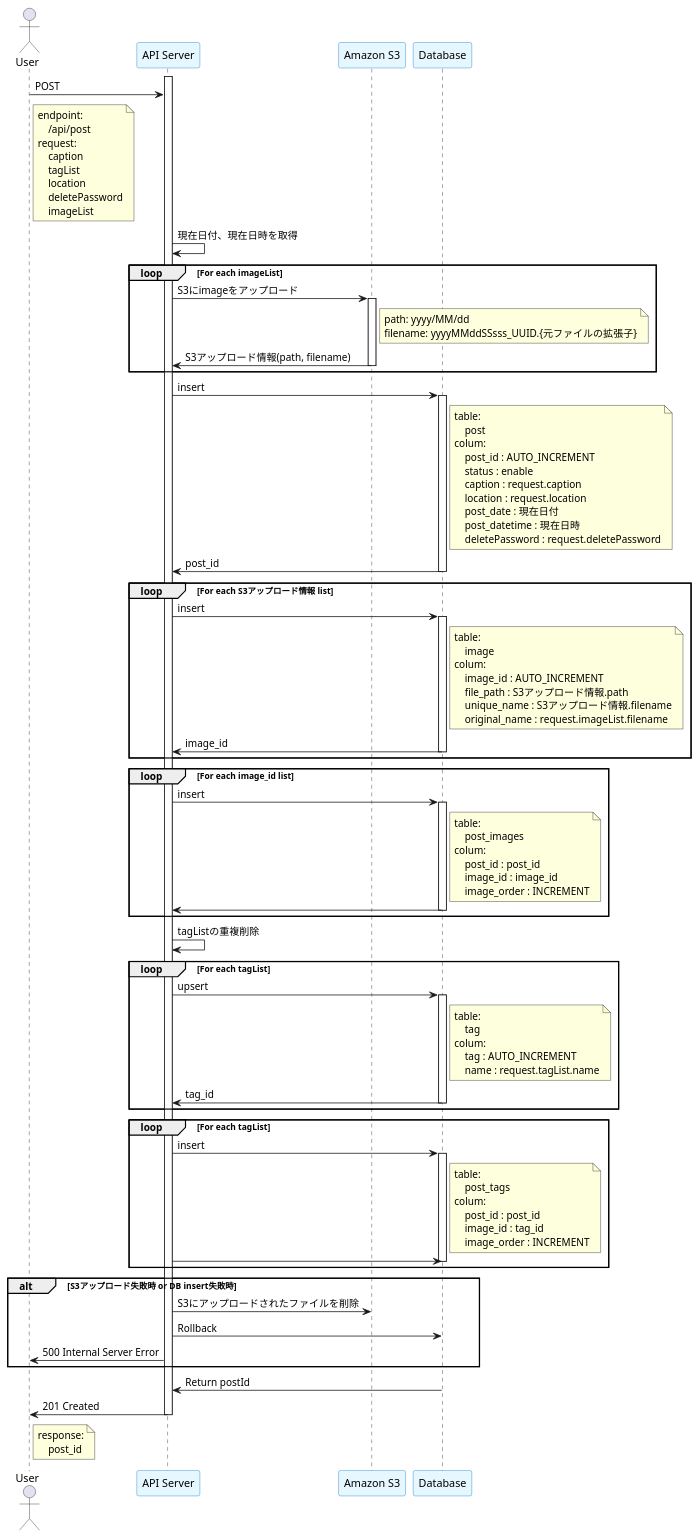
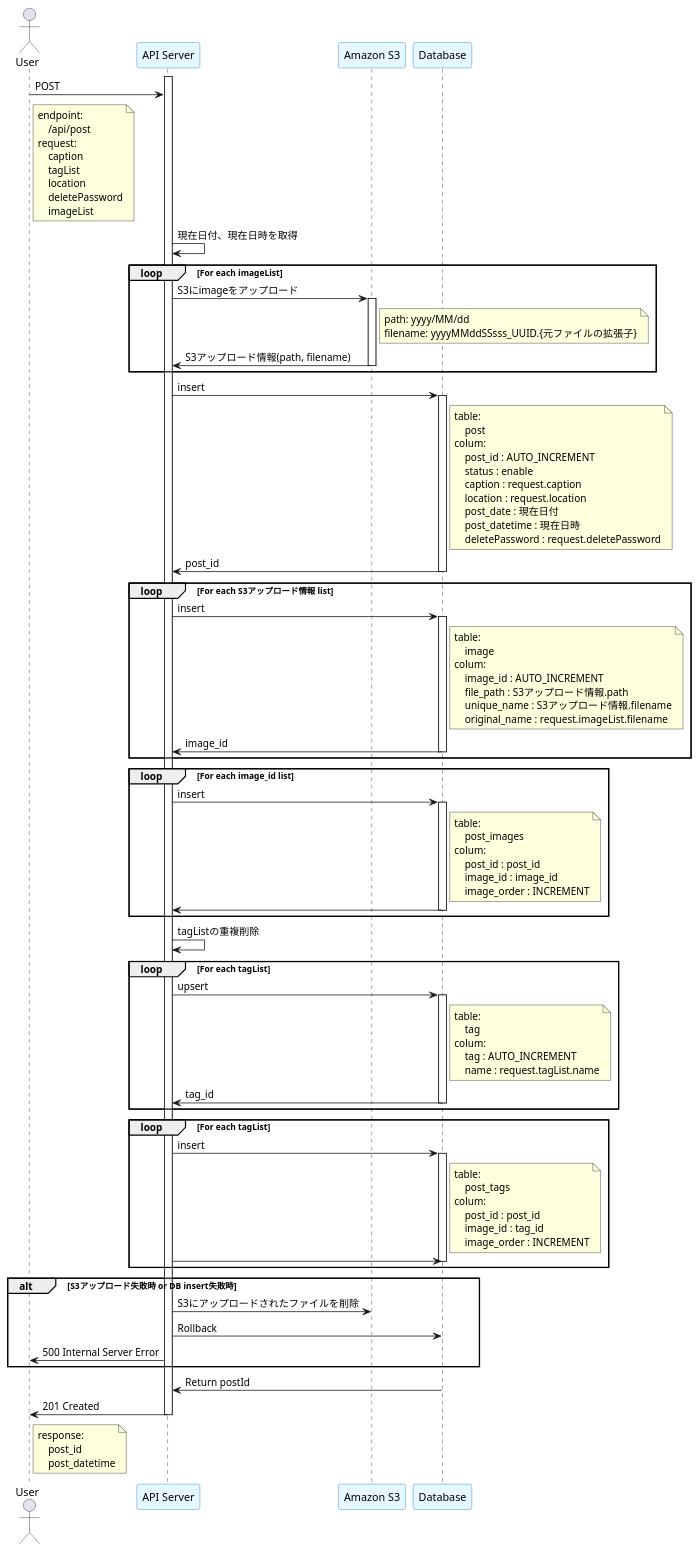
One commit to takasumi-m/gallery-docs changed the diagram in docs/sequence/api/create_post.puml. Above: the diagram before and after it, drawn with PlantUML.

Commit message:
update: create_post.puml

```diff
--- a/docs/sequence/api/create_post.puml
+++ b/docs/sequence/api/create_post.puml
@@ -1,127 +1,128 @@
 @startuml
 skinparam ParticipantBorderColor #007ACC
 skinparam ParticipantBackgroundColor #E6F7FF
 
 actor User as user
 participant "API Server" as server
 participant "Amazon S3" as S3
 participant "Database" as DB
 
 activate server
 user -> server: POST
 note right of user
     endpoint:
         /api/post
     request:
         caption
         tagList
         location
         deletePassword
         imageList
 end note
 server -> server: 現在日付、現在日時を取得
 loop For each imageList
     server -> S3: S3にimageをアップロード
     note right of S3
         path: yyyy/MM/dd
         filename: yyyyMMddSSsss_UUID.{元ファイルの拡張子}
     end note
     activate S3
     S3 -> server: S3アップロード情報(path, filename)
     deactivate S3
 end loop
 server -> DB: insert
 activate DB
     note right of DB
         table:
             post
         colum:
             post_id : AUTO_INCREMENT
             status : enable
             caption : request.caption
             location : request.location
             post_date : 現在日付
             post_datetime : 現在日時
             deletePassword : request.deletePassword
     end note
 DB -> server: post_id
 deactivate DB
 
 
 loop For each S3アップロード情報 list
     server -> DB: insert
     activate DB
         note right of DB
             table:
                 image
             colum:
                 image_id : AUTO_INCREMENT
                 file_path : S3アップロード情報.path
                 unique_name : S3アップロード情報.filename
                 original_name : request.imageList.filename
         end note
     DB -> server: image_id
     deactivate DB
 end loop
 
 loop For each image_id list
     server -> DB: insert
     activate DB
     note right of DB
         table:
             post_images
         colum:
             post_id : post_id
             image_id : image_id
             image_order : INCREMENT
     end note
     DB -> server:
     deactivate DB
 end loop
 
 server -> server: tagListの重複削除
 
 loop For each tagList
     server -> DB: upsert
     activate DB
     note right of DB
         table:
             tag
         colum:
             tag : AUTO_INCREMENT
             name : request.tagList.name
     end note
     DB -> server:  tag_id
     deactivate DB
 end loop
 
 loop For each tagList
 
     server -> DB: insert
     activate DB
         note right of DB
             table:
                 post_tags
             colum:
                 post_id : post_id
                 image_id : tag_id
                 image_order : INCREMENT
         end note
     server -> DB:
     deactivate DB
 end loop
 
 alt S3アップロード失敗時 or DB insert失敗時
     server -> S3: S3にアップロードされたファイルを削除
     server -> DB: Rollback
     server -> user: 500 Internal Server Error
 end alt
 
 DB -> server: Return postId
 server -> user: 201 Created
 note right of user
     response:
         post_id
+        post_datetime
 end note
 deactivate server
 @enduml
```
